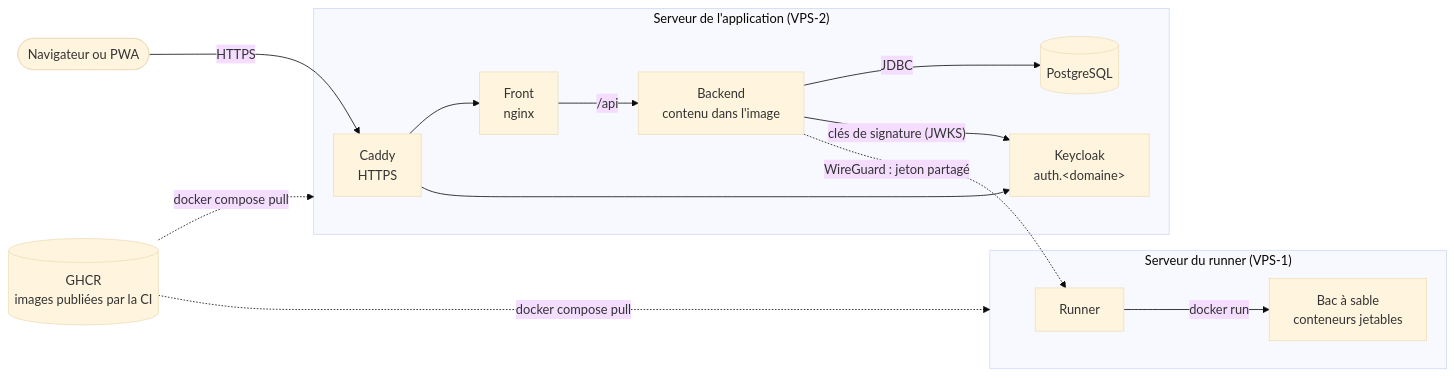
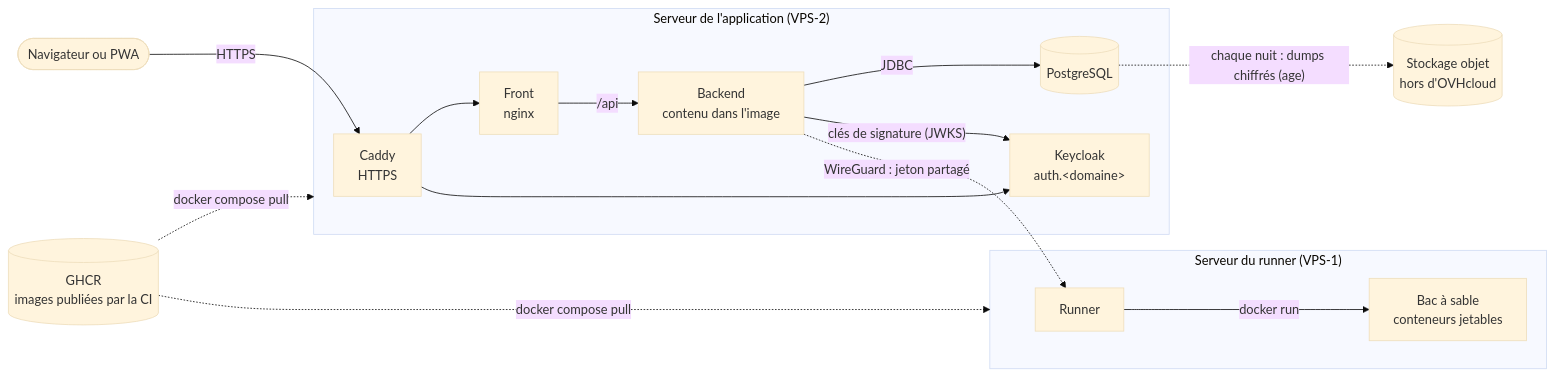
The eighth of 8 diagrams in docs/architecture.md (potichacha/recallio), drawn with Mermaid (base theme) before and after one commit. The commit also changed other lines of this file and 13 other files, not shown here.

````diff
--- a/docs/architecture.md
+++ b/docs/architecture.md
@@ -369,29 +369,32 @@
 ```mermaid
 flowchart LR
     user([Navigateur ou PWA])
     ghcr[("GHCR<br/>images publiées par la CI")]
 
     subgraph app ["Serveur de l'application (VPS-2)"]
         caddy["Caddy<br/>HTTPS"]
         front["Front<br/>nginx"]
         back["Backend<br/>contenu dans l'image"]
         kc["Keycloak<br/>auth.&lt;domaine&gt;"]
         db[("PostgreSQL")]
     end
 
     subgraph run ["Serveur du runner (VPS-1)"]
         runner["Runner"]
         sandbox["Bac à sable<br/>conteneurs jetables"]
     end
 
+    store[("Stockage objet<br/>hors d'OVHcloud")]
+
     user -- HTTPS --> caddy
     caddy --> front
     caddy --> kc
     front -- "/api" --> back
     back -- JDBC --> db
     back -- "clés de signature (JWKS)" --> kc
     back -. "WireGuard : jeton partagé" .-> runner
     runner -- "docker run" --> sandbox
     ghcr -. "docker compose pull" .-> app
     ghcr -. "docker compose pull" .-> run
+    db -. "chaque nuit : dumps chiffrés (age)" .-> store
 ```
````
